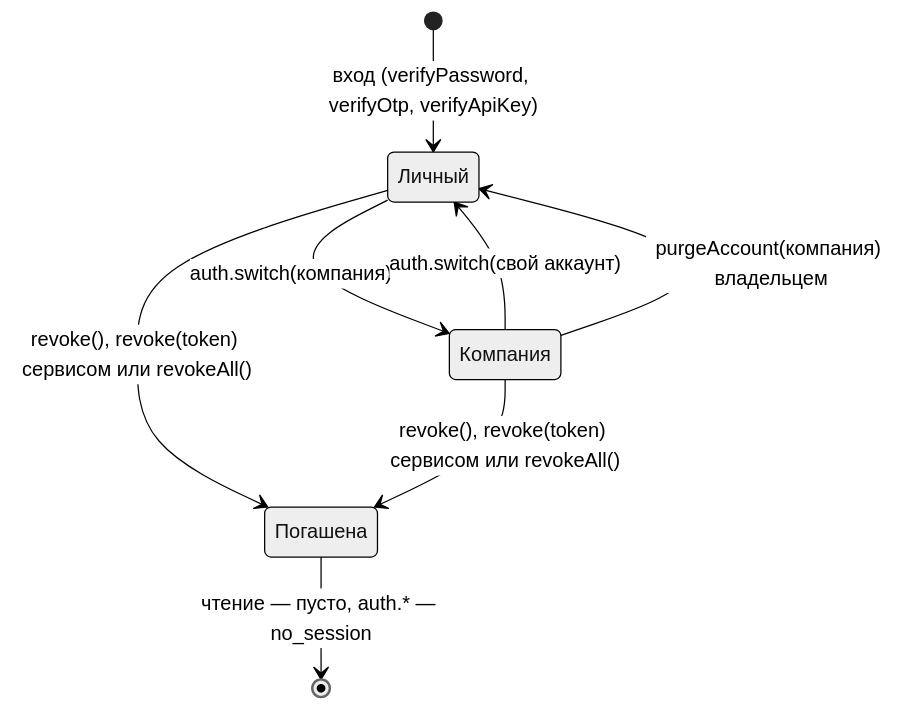
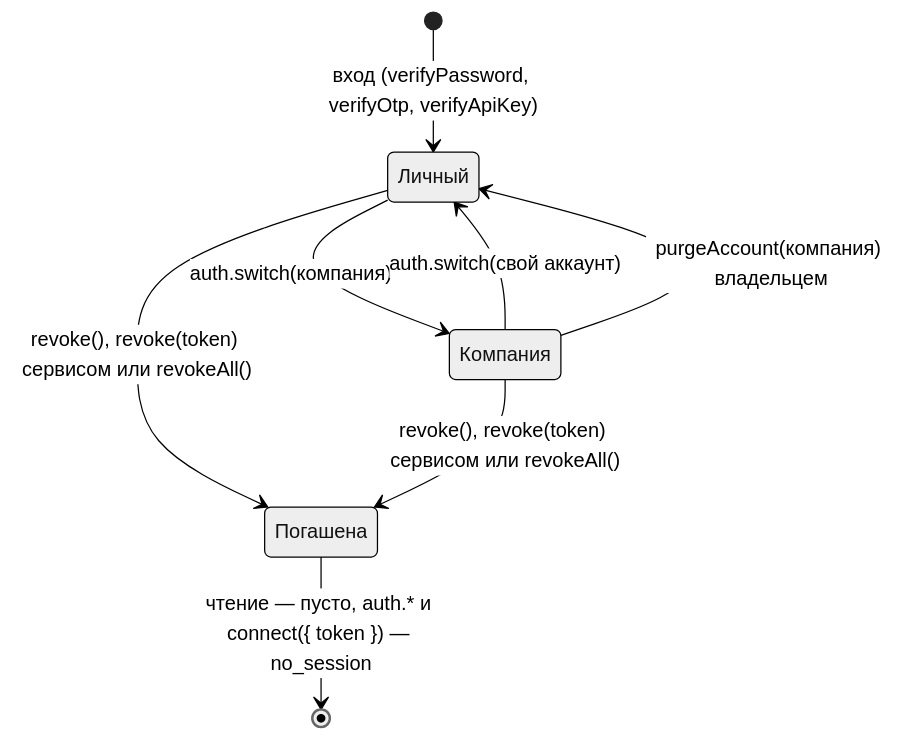
One commit to alepri51/letopis changed the second of 2 diagrams in guide/pages/auth/index.md. Above: the diagram before and after it, drawn with Mermaid (neutral theme). The commit also changed other lines of this file and 36 other files, not shown here.

````diff
--- a/guide/pages/auth/index.md
+++ b/guide/pages/auth/index.md
@@ -85,10 +123,10 @@
 ```mermaid
 stateDiagram-v2
   [*] --> Личный: вход (verifyPassword, verifyOtp, verifyApiKey)
   Личный --> Компания: auth.switch(компания)
   Компания --> Личный: auth.switch(свой аккаунт)
   Компания --> Личный: purgeAccount(компания) владельцем
   Личный --> Погашена: revoke(), revoke(token) сервисом или revokeAll()
   Компания --> Погашена: revoke(), revoke(token) сервисом или revokeAll()
-  Погашена --> [*]: чтение — пусто, auth.* — no_session
+  Погашена --> [*]: чтение — пусто, auth.* и connect({ token }) — no_session
 ```
````
